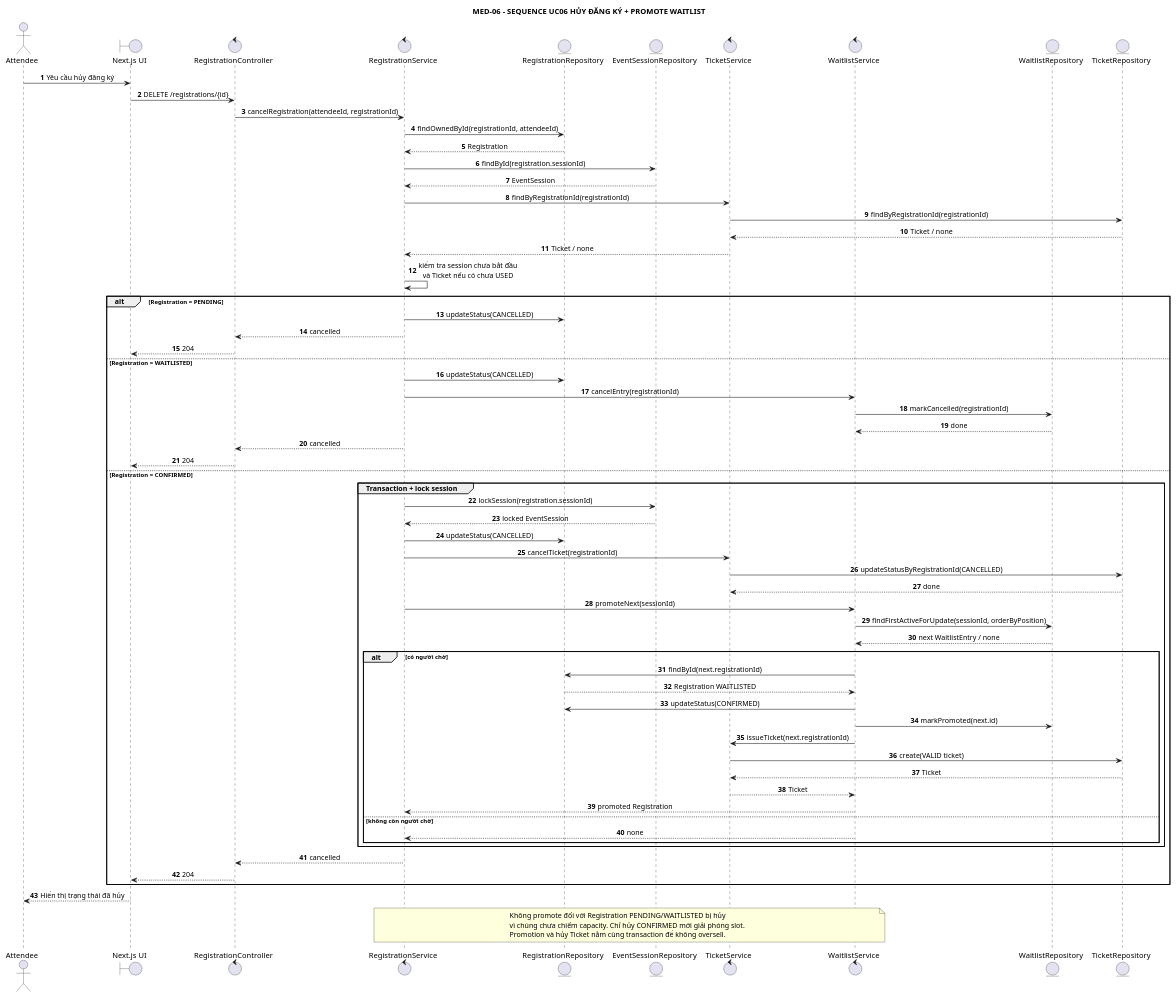
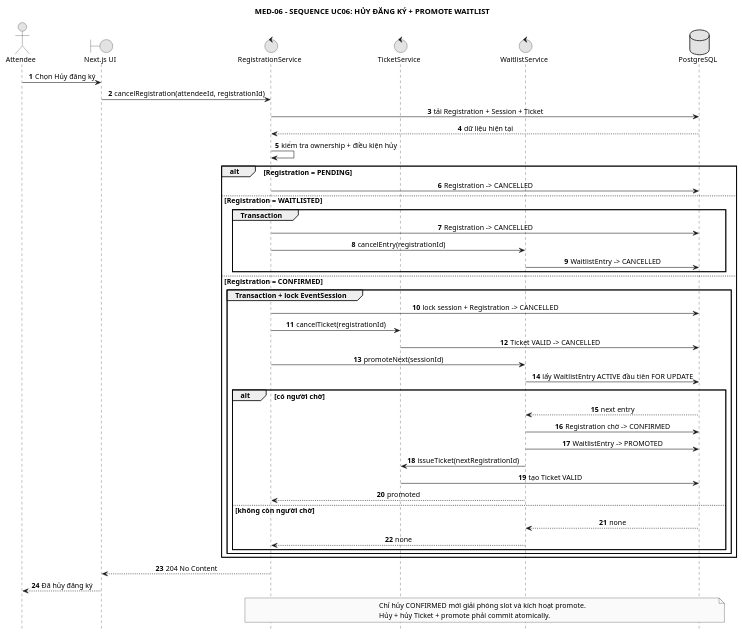
The diagram in PTTK/05_Sequence/02-uc06-cancel-promote-waitlist.puml (anh632k-ui/OOP-DoAn), drawn with PlantUML before and after one commit.

Commit message:
refactor sequence UC06 for compact readable layout

```diff
--- a/PTTK/05_Sequence/02-uc06-cancel-promote-waitlist.puml
+++ b/PTTK/05_Sequence/02-uc06-cancel-promote-waitlist.puml
@@ -1,86 +1,66 @@
 @startuml
+skinparam monochrome true
 skinparam shadowing false
+skinparam defaultFontSize 13
 skinparam sequenceMessageAlign center
 skinparam responseMessageBelowArrow true
+hide footbox
 
-title MED-06 - SEQUENCE UC06 HỦY ĐĂNG KÝ + PROMOTE WAITLIST
+title MED-06 - SEQUENCE UC06: HỦY ĐĂNG KÝ + PROMOTE WAITLIST
 
 actor Attendee
 boundary "Next.js UI" as UI
-control "RegistrationController" as RC
 control "RegistrationService" as RS
-entity "RegistrationRepository" as RR
-entity "EventSessionRepository" as ESR
 control "TicketService" as TS
 control "WaitlistService" as WS
-entity "WaitlistRepository" as WR
-entity "TicketRepository" as TR
+database "PostgreSQL" as DB
 
 autonumber
-Attendee -> UI : Yêu cầu hủy đăng ký
-UI -> RC : DELETE /registrations/{id}
-RC -> RS : cancelRegistration(attendeeId, registrationId)
-RS -> RR : findOwnedById(registrationId, attendeeId)
-RR --> RS : Registration
-RS -> ESR : findById(registration.sessionId)
-ESR --> RS : EventSession
-RS -> TS : findByRegistrationId(registrationId)
-TS -> TR : findByRegistrationId(registrationId)
-TR --> TS : Ticket / none
-TS --> RS : Ticket / none
-RS -> RS : kiểm tra session chưa bắt đầu\nvà Ticket nếu có chưa USED
+Attendee -> UI : Chọn Hủy đăng ký
+UI -> RS : cancelRegistration(attendeeId, registrationId)
+RS -> DB : tải Registration + Session + Ticket
+DB --> RS : dữ liệu hiện tại
+RS -> RS : kiểm tra ownership + điều kiện hủy
 
 alt Registration = PENDING
-  RS -> RR : updateStatus(CANCELLED)
-  RS --> RC : cancelled
-  RC --> UI : 204
+  RS -> DB : Registration -> CANCELLED
 
 else Registration = WAITLISTED
-  RS -> RR : updateStatus(CANCELLED)
-  RS -> WS : cancelEntry(registrationId)
-  WS -> WR : markCancelled(registrationId)
-  WR --> WS : done
-  RS --> RC : cancelled
-  RC --> UI : 204
+  group Transaction
+    RS -> DB : Registration -> CANCELLED
+    RS -> WS : cancelEntry(registrationId)
+    WS -> DB : WaitlistEntry -> CANCELLED
+  end
 
 else Registration = CONFIRMED
-  group Transaction + lock session
-    RS -> ESR : lockSession(registration.sessionId)
-    ESR --> RS : locked EventSession
-    RS -> RR : updateStatus(CANCELLED)
+  group Transaction + lock EventSession
+    RS -> DB : lock session + Registration -> CANCELLED
     RS -> TS : cancelTicket(registrationId)
-    TS -> TR : updateStatusByRegistrationId(CANCELLED)
-    TR --> TS : done
+    TS -> DB : Ticket VALID -> CANCELLED
 
     RS -> WS : promoteNext(sessionId)
-    WS -> WR : findFirstActiveForUpdate(sessionId, orderByPosition)
-    WR --> WS : next WaitlistEntry / none
+    WS -> DB : lấy WaitlistEntry ACTIVE đầu tiên FOR UPDATE
 
     alt có người chờ
-      WS -> RR : findById(next.registrationId)
-      RR --> WS : Registration WAITLISTED
-      WS -> RR : updateStatus(CONFIRMED)
-      WS -> WR : markPromoted(next.id)
-      WS -> TS : issueTicket(next.registrationId)
-      TS -> TR : create(VALID ticket)
-      TR --> TS : Ticket
-      TS --> WS : Ticket
-      WS --> RS : promoted Registration
+      DB --> WS : next entry
+      WS -> DB : Registration chờ -> CONFIRMED
+      WS -> DB : WaitlistEntry -> PROMOTED
+      WS -> TS : issueTicket(nextRegistrationId)
+      TS -> DB : tạo Ticket VALID
+      WS --> RS : promoted
     else không còn người chờ
+      DB --> WS : none
       WS --> RS : none
     end
   end
-
-  RS --> RC : cancelled
-  RC --> UI : 204
 end
 
-UI --> Attendee : Hiển thị trạng thái đã hủy
+RS --> UI : 204 No Content
+UI --> Attendee : Đã hủy đăng ký
 
-note over RS,WS
-Không promote đối với Registration PENDING/WAITLISTED bị hủy
-vì chúng chưa chiếm capacity. Chỉ hủy CONFIRMED mới giải phóng slot.
-Promotion và hủy Ticket nằm cùng transaction để không oversell.
+note over RS,DB
+Chỉ hủy CONFIRMED mới giải phóng slot và kích hoạt promote.
+Hủy + hủy Ticket + promote phải commit atomically.
 end note
 
 @enduml
```
